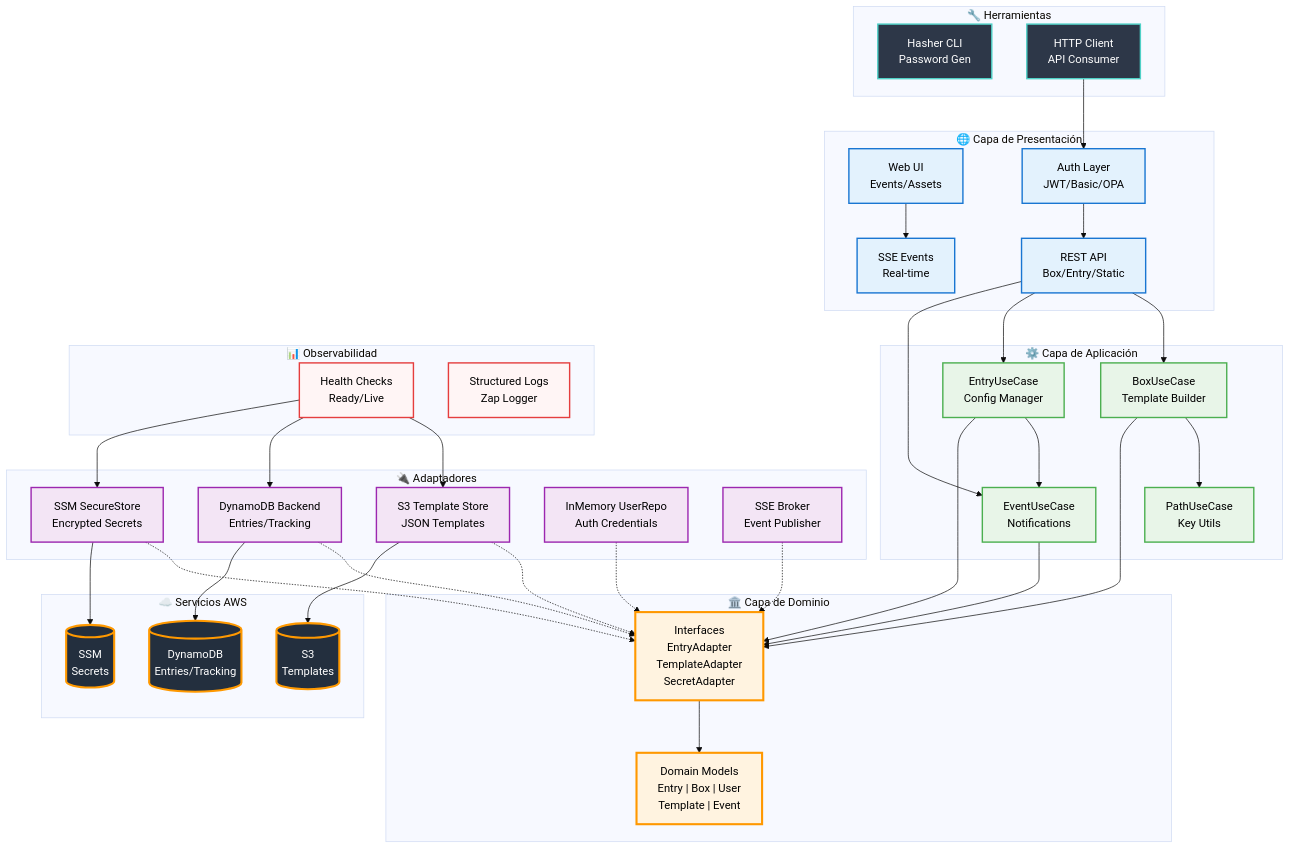
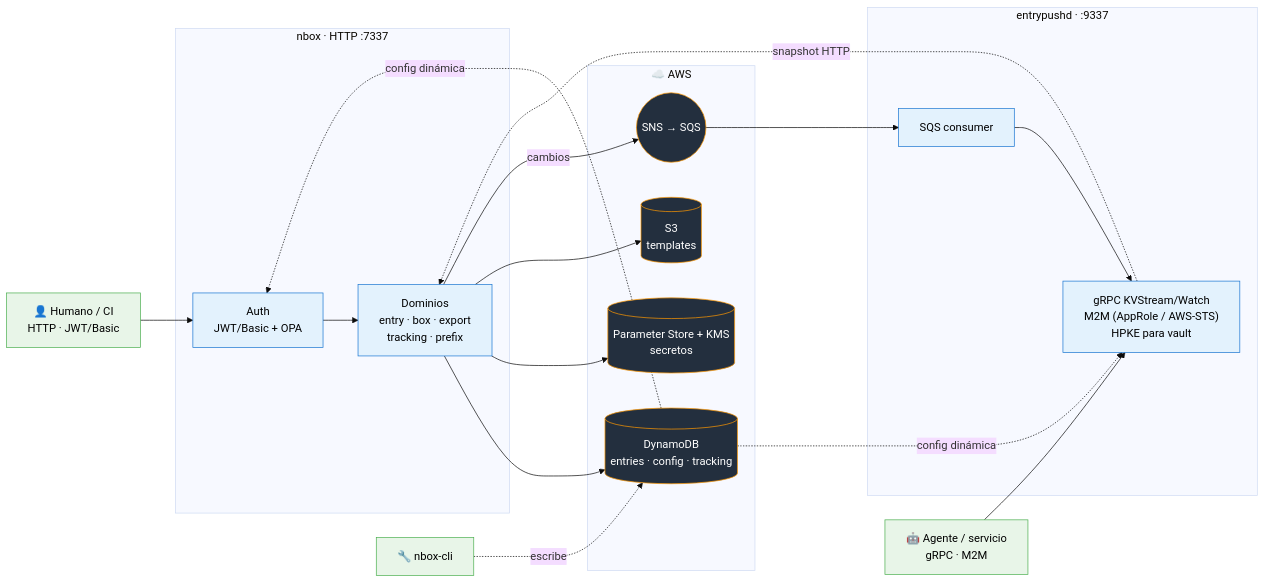
One commit to norlis/nbox changed the diagram in README.md. Above: the diagram before and after it, drawn with Mermaid. The commit also changed other lines of this file and 2 other files, not shown here.

````diff
--- a/README.md
+++ b/README.md
@@ -441,109 +405,40 @@
   layout: dagre
   theme: base
 ---
-flowchart TD
-    %% External Services
-    subgraph EXT["☁️ Servicios AWS"]
-        S3[("S3<br/>Templates")]
-        DDB[("DynamoDB<br/>Entries/Tracking")]
-        SSM[("SSM<br/>Secrets")]
+flowchart LR
+    HUMAN["👤 Humano / CI<br/>HTTP · JWT/Basic"]
+    AGENT["🤖 Agente / servicio<br/>gRPC · M2M"]
+    ADMIN["🔧 nbox-cli"]
+
+    subgraph NBOX["nbox · HTTP :7337"]
+        AUTH["Auth<br/>JWT/Basic + OPA"]
+        DOM["Dominios<br/>entry · box · export<br/>tracking · prefix"]
     end
 
-    %% Clients
-    subgraph CLI["🔧 Herramientas"]
-        HASHER["Hasher CLI<br/>Password Gen"]
-        CLIENT["HTTP Client<br/>API Consumer"]
+    subgraph EPS["entrypushd · :9337"]
+        SQSC["SQS consumer"]
+        GRPC["gRPC KVStream/Watch<br/>M2M (AppRole / AWS-STS)<br/>HPKE para vault"]
     end
 
-    %% Presentation Layer
-    subgraph PRES["🌐 Capa de Presentación"]
-        WEBUI["Web UI<br/>Events/Assets"]
-        AUTH["Auth Layer<br/>JWT/Basic/OPA"]
-        API["REST API<br/>Box/Entry/Static"]
-        SSE["SSE Events<br/>Real-time"]
+    subgraph AWS["☁️ AWS"]
+        DDB[("DynamoDB<br/>entries · config · tracking")]
+        SSM[("Parameter Store + KMS<br/>secretos")]
+        S3[("S3<br/>templates")]
+        BUS(("SNS → SQS"))
     end
 
-    %% Application Layer
-    subgraph APP["⚙️ Capa de Aplicación"]
-        BOXUC["BoxUseCase<br/>Template Builder"]
-        ENTRYUC["EntryUseCase<br/>Config Manager"]
-        PATHUC["PathUseCase<br/>Key Utils"]
-        EVENTUC["EventUseCase<br/>Notifications"]
-    end
+    HUMAN --> AUTH --> DOM
+    ADMIN -. escribe .-> DDB
+    DOM --> DDB & SSM & S3
+    DOM -- cambios --> BUS --> SQSC --> GRPC
+    AGENT --> GRPC
+    GRPC -. snapshot HTTP .-> DOM
+    DDB -. config dinámica .-> AUTH & GRPC
 
-    %% Domain Layer
-    subgraph DOM["🏛️ Capa de Dominio"]
-        MODELS["Domain Models<br/>Entry | Box | User<br/>Template | Event"]
-        PORTS["Interfaces<br/>EntryAdapter<br/>TemplateAdapter<br/>SecretAdapter"]
-    end
-
-    %% Infrastructure Layer
-    subgraph INFRA["🔌 Adaptadores"]
-        S3ADAPTER["S3 Template Store<br/>JSON Templates"]
-        DDBADAPTER["DynamoDB Backend<br/>Entries/Tracking"]
-        SSMADAPTER["SSM SecureStore<br/>Encrypted Secrets"]
-        MEMORY["InMemory UserRepo<br/>Auth Credentials"]
-        SSEADAPTER["SSE Broker<br/>Event Publisher"]
-    end
-
-    %% Health & Monitoring
-    subgraph HEALTH["📊 Observabilidad"]
-        STATUS["Health Checks<br/>Ready/Live"]
-        LOGS["Structured Logs<br/>Zap Logger"]
-    end
-
-    %% Connections - External
-    CLIENT --> AUTH
-    WEBUI --> SSE
-    
-    %% Connections - Flow
-    AUTH --> API
-    API --> BOXUC
-    API --> ENTRYUC
-    API --> EVENTUC
-    
-    BOXUC --> PATHUC
-    ENTRYUC --> EVENTUC
-    
-    %% Use Cases to Ports
-    BOXUC --> PORTS
-    ENTRYUC --> PORTS
-    EVENTUC --> PORTS
-    
-    %% Ports to Models
-    PORTS --> MODELS
-    
-    %% Adapters to Ports
-    S3ADAPTER -.-> PORTS
-    DDBADAPTER -.-> PORTS
-    SSMADAPTER -.-> PORTS
-    MEMORY -.-> PORTS
-    SSEADAPTER -.-> PORTS
-    
-    %% Infrastructure to External
-    S3ADAPTER --> S3
-    DDBADAPTER --> DDB
-    SSMADAPTER --> SSM
-    
-    %% Health Connections
-    STATUS --> S3ADAPTER
-    STATUS --> DDBADAPTER
-    STATUS --> SSMADAPTER
-
-    %% Styling
-    classDef external fill:#232F3E,stroke:#FF9900,stroke-width:3px,color:#fff
-    classDef cli fill:#2D3748,stroke:#4FD1C7,stroke-width:2px,color:#fff
-    classDef presentation fill:#E3F2FD,stroke:#1976D2,stroke-width:2px,color:#000
-    classDef application fill:#E8F5E8,stroke:#4CAF50,stroke-width:2px,color:#000
-    classDef domain fill:#FFF3E0,stroke:#FF9800,stroke-width:3px,color:#000
-    classDef infrastructure fill:#F3E5F5,stroke:#9C27B0,stroke-width:2px,color:#000
-    classDef health fill:#FFF5F5,stroke:#E53E3E,stroke-width:2px,color:#000
-
-    class S3,DDB,SSM external
-    class HASHER,CLIENT cli
-    class WEBUI,AUTH,API,SSE presentation
-    class BOXUC,ENTRYUC,PATHUC,EVENTUC application
-    class MODELS,PORTS domain
-    class S3ADAPTER,DDBADAPTER,SSMADAPTER,MEMORY,SSEADAPTER infrastructure
-    class STATUS,LOGS health
+    classDef client fill:#E8F5E8,stroke:#4CAF50,color:#000
+    classDef svc fill:#E3F2FD,stroke:#1976D2,color:#000
+    classDef aws fill:#232F3E,stroke:#FF9900,color:#fff
+    class HUMAN,AGENT,ADMIN client
+    class AUTH,DOM,SQSC,GRPC svc
+    class DDB,SSM,S3,BUS aws
 ```
````
